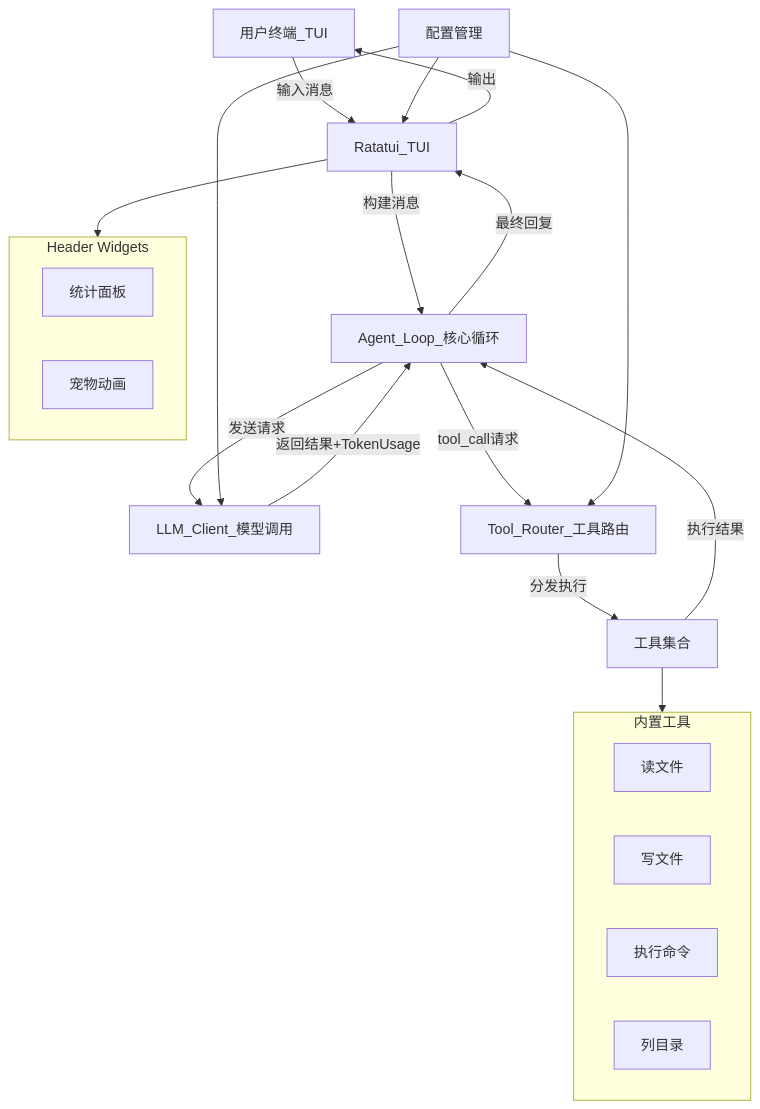
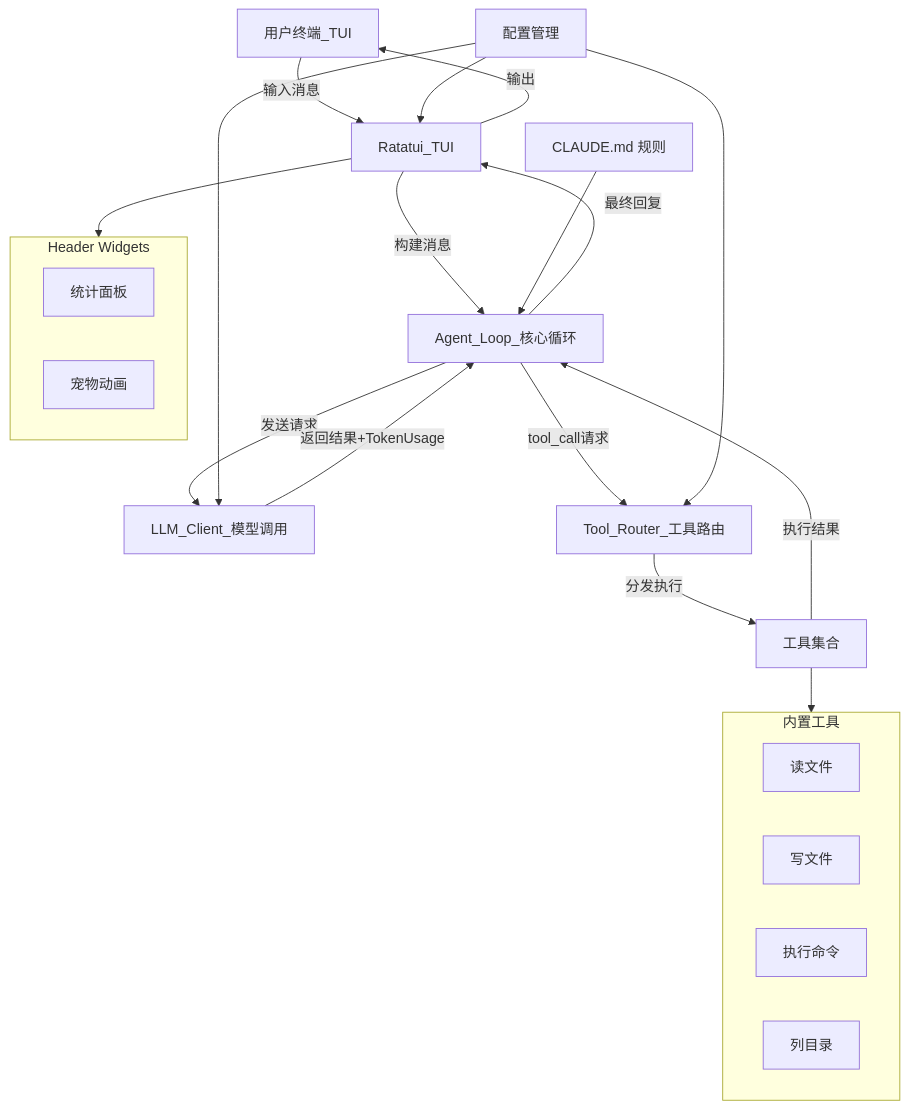
One commit to Eonh1u/miniclaw changed the diagram in docs/ARCHITECTURE.md. Above: the diagram before and after it, drawn with Mermaid. The commit also changed other lines of this file and 5 other files, not shown here.

````diff
--- a/docs/ARCHITECTURE.md
+++ b/docs/ARCHITECTURE.md
@@ -22,30 +22,31 @@
 ```mermaid
 flowchart TB
     User[用户终端_TUI] -->|输入消息| TUI[Ratatui_TUI]
     TUI -->|构建消息| AgentLoop[Agent_Loop_核心循环]
     AgentLoop -->|发送请求| LLMClient[LLM_Client_模型调用]
     LLMClient -->|返回结果+TokenUsage| AgentLoop
     AgentLoop -->|tool_call请求| ToolRouter[Tool_Router_工具路由]
     ToolRouter -->|分发执行| Tools[工具集合]
     Tools -->|执行结果| AgentLoop
     AgentLoop -->|最终回复| TUI
     TUI -->|输出| User
 
     subgraph toolset [内置工具]
         ReadFile[读文件]
         WriteFile[写文件]
         ExecCmd[执行命令]
         ListDir[列目录]
     end
 
     subgraph widgets [Header Widgets]
         StatsWidget[统计面板]
         PetWidget[宠物动画]
     end
 
     Tools --> toolset
     TUI --> widgets
     Config[配置管理] --> LLMClient
     Config --> ToolRouter
     Config --> TUI
+    Rules[CLAUDE.md 规则] --> AgentLoop
 ```
````
